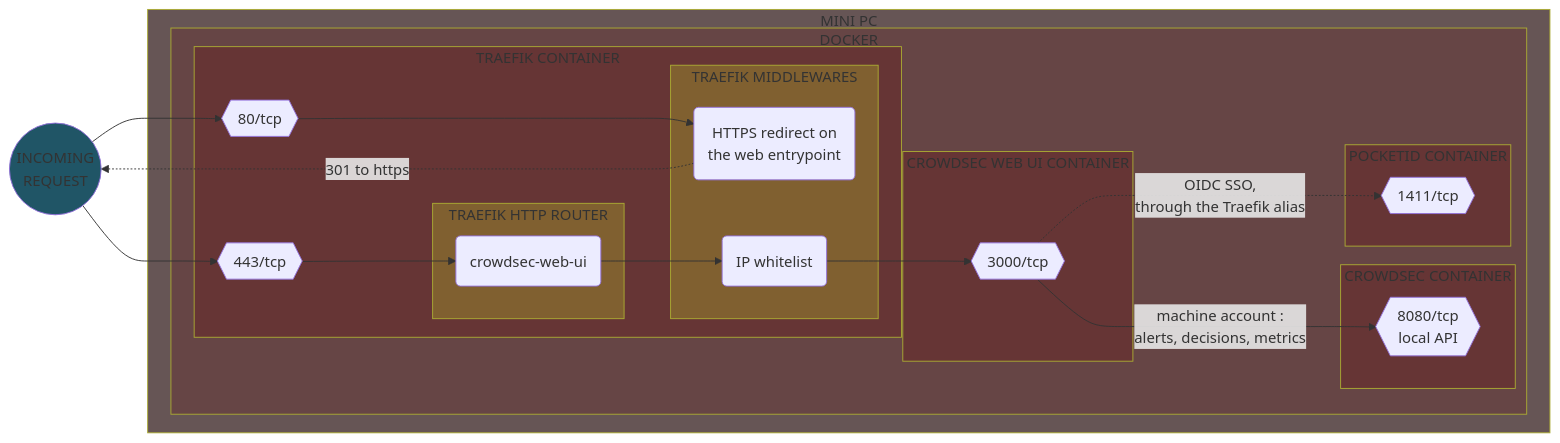
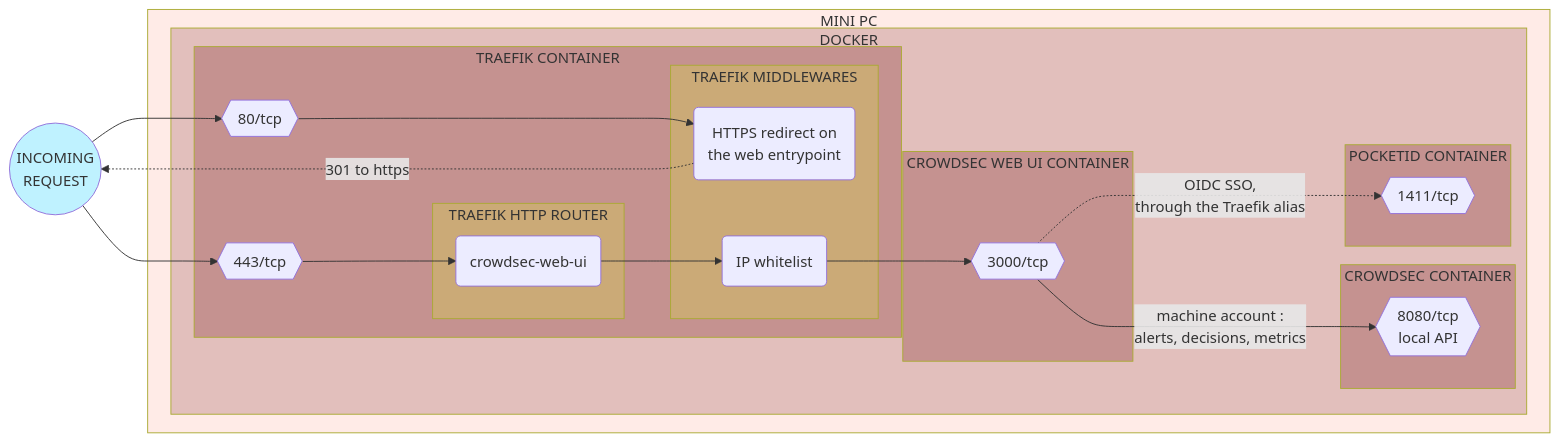
Diagram 13 of 32 in README.md (Yann39/self-hosted-n100), drawn with Mermaid before and after one commit. The commit also changed other lines of this file and 1 other file, not shown here.

Commit message:
adapted diagrams so they display better in light mode

````diff
--- a/README.md
+++ b/README.md
@@ -3455,61 +3459,61 @@
 ```mermaid
 flowchart LR
-    style INCOMING_REQUEST fill: #205566
-    style TRAEFIK_CONTAINER fill: #663535
-    style APP_CONTAINER fill: #663535
-    style CROWDSEC_CONTAINER fill: #663535
-    style POCKETID_CONTAINER fill: #663535
-    style TRAEFIK_ROUTER fill: #806030
-    style TRAEFIK_MIDDLEWARE fill: #806030
-    style SERVER_DEVICE fill: #665555
-    style CONTAINER_ENGINE fill: #664545
+    style INCOMING_REQUEST fill: #45d8ff57
+    style TRAEFIK_CONTAINER fill: #6601013c
+    style APP_CONTAINER fill: #6601013c
+    style CROWDSEC_CONTAINER fill: #6601013c
+    style POCKETID_CONTAINER fill: #6601013c
+    style TRAEFIK_ROUTER fill: #defc1e37
+    style TRAEFIK_MIDDLEWARE fill: #defc1e37
+    style SERVER_DEVICE fill: #fec9bf5e
+    style CONTAINER_ENGINE fill: #67010030
     DOCKER_TRAEFIK_PORT443{{443/tcp}}
     DOCKER_TRAEFIK_PORT80{{80/tcp}}
     DOCKER_APP_PORT{{3000/tcp}}
     DOCKER_CROWDSEC_PORT{{8080/tcp\nlocal API}}
     DOCKER_POCKETID_PORT{{1411/tcp}}
     TRAEFIK_ROUTER_APP(crowdsec-web-ui)
     TRAEFIK_MIDDLEWARE_REDIRECT(HTTPS redirect on<br>the web entrypoint)
     TRAEFIK_MIDDLEWARE_IP_WHITELIST(IP whitelist)
     INCOMING_REQUEST((INCOMING\nREQUEST))
 
     subgraph SERVER_DEVICE[MINI PC]
         subgraph CONTAINER_ENGINE[DOCKER]
             subgraph TRAEFIK_CONTAINER[TRAEFIK CONTAINER]
                 DOCKER_TRAEFIK_PORT443
                 DOCKER_TRAEFIK_PORT80
                 
                 subgraph TRAEFIK_ROUTER[TRAEFIK HTTP ROUTER]
                     TRAEFIK_ROUTER_APP
                 end
 
                 subgraph TRAEFIK_MIDDLEWARE[TRAEFIK MIDDLEWARES]
                     TRAEFIK_MIDDLEWARE_REDIRECT
                     TRAEFIK_MIDDLEWARE_IP_WHITELIST
                 end
             end
 
             subgraph APP_CONTAINER[CROWDSEC WEB UI CONTAINER]
                 DOCKER_APP_PORT
             end
 
             subgraph CROWDSEC_CONTAINER[CROWDSEC CONTAINER]
                 DOCKER_CROWDSEC_PORT
             end
 
             subgraph POCKETID_CONTAINER[POCKETID CONTAINER]
                 DOCKER_POCKETID_PORT
             end
         end
     end
 
     INCOMING_REQUEST --> DOCKER_TRAEFIK_PORT443
     INCOMING_REQUEST --> DOCKER_TRAEFIK_PORT80
     DOCKER_TRAEFIK_PORT80 ---> TRAEFIK_MIDDLEWARE_REDIRECT
     TRAEFIK_MIDDLEWARE_REDIRECT -.->|301 to https| INCOMING_REQUEST
     DOCKER_TRAEFIK_PORT443 --> TRAEFIK_ROUTER_APP
     TRAEFIK_ROUTER_APP --> TRAEFIK_MIDDLEWARE_IP_WHITELIST
     TRAEFIK_MIDDLEWARE_IP_WHITELIST --> DOCKER_APP_PORT
     DOCKER_APP_PORT --->|machine account :<br>alerts, decisions, metrics| DOCKER_CROWDSEC_PORT
     DOCKER_APP_PORT -..->|OIDC SSO,<br>through the Traefik alias| DOCKER_POCKETID_PORT
 ```
````
